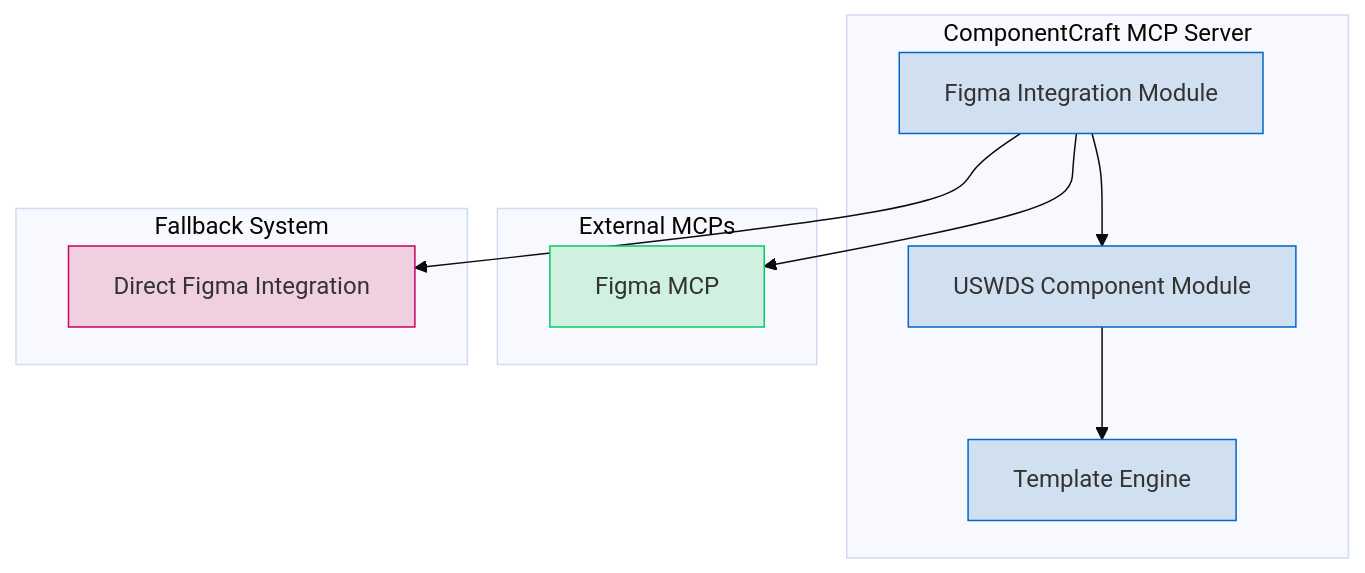
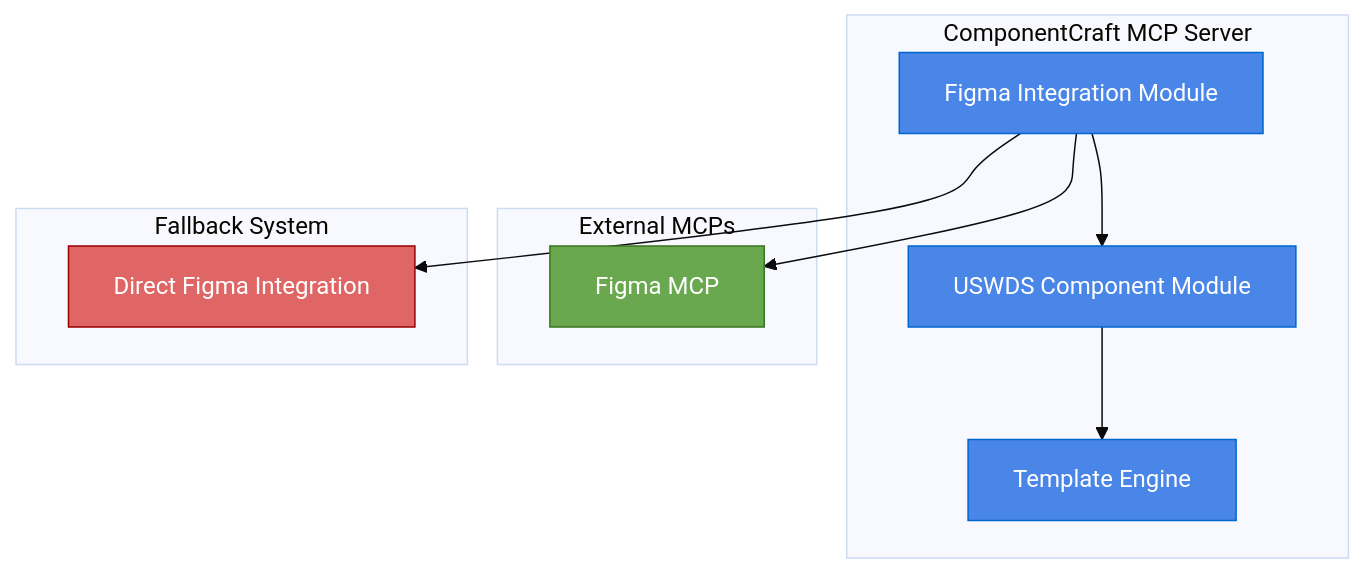
One commit to hungmanhdo/componentcraft_ai changed the fifth of 13 diagrams in basic.md. Above: the diagram before and after it, drawn with Mermaid (base theme). The commit also changed other lines of this file and 1 other file, not shown here.

Commit message:
Update style of charts

````diff
--- a/basic.md
+++ b/basic.md
@@ -184,28 +184,28 @@
 ```mermaid
 graph TD
     subgraph "ComponentCraft MCP Server"
         A[USWDS Component Module]
         B[Figma Integration Module]
         C[Template Engine]
 
         B --> A
         A --> C
     end
 
     subgraph "External MCPs"
         D[Figma MCP]
     end
 
     subgraph "Fallback System"
         E[Direct Figma Integration]
     end
 
     B --> D
     B --> E
 
-    style A fill:#d0e0f0,stroke:#0066cc
-    style B fill:#d0e0f0,stroke:#0066cc
-    style C fill:#d0e0f0,stroke:#0066cc
-    style D fill:#d0f0e0,stroke:#00cc66
-    style E fill:#f0d0e0,stroke:#cc0066
+    style A fill:#4a86e8,stroke:#0066cc,color:#ffffff
+    style B fill:#4a86e8,stroke:#0066cc,color:#ffffff
+    style C fill:#4a86e8,stroke:#0066cc,color:#ffffff
+    style D fill:#6aa84f,stroke:#38761d,color:#ffffff
+    style E fill:#e06666,stroke:#990000,color:#ffffff
 ```
````
